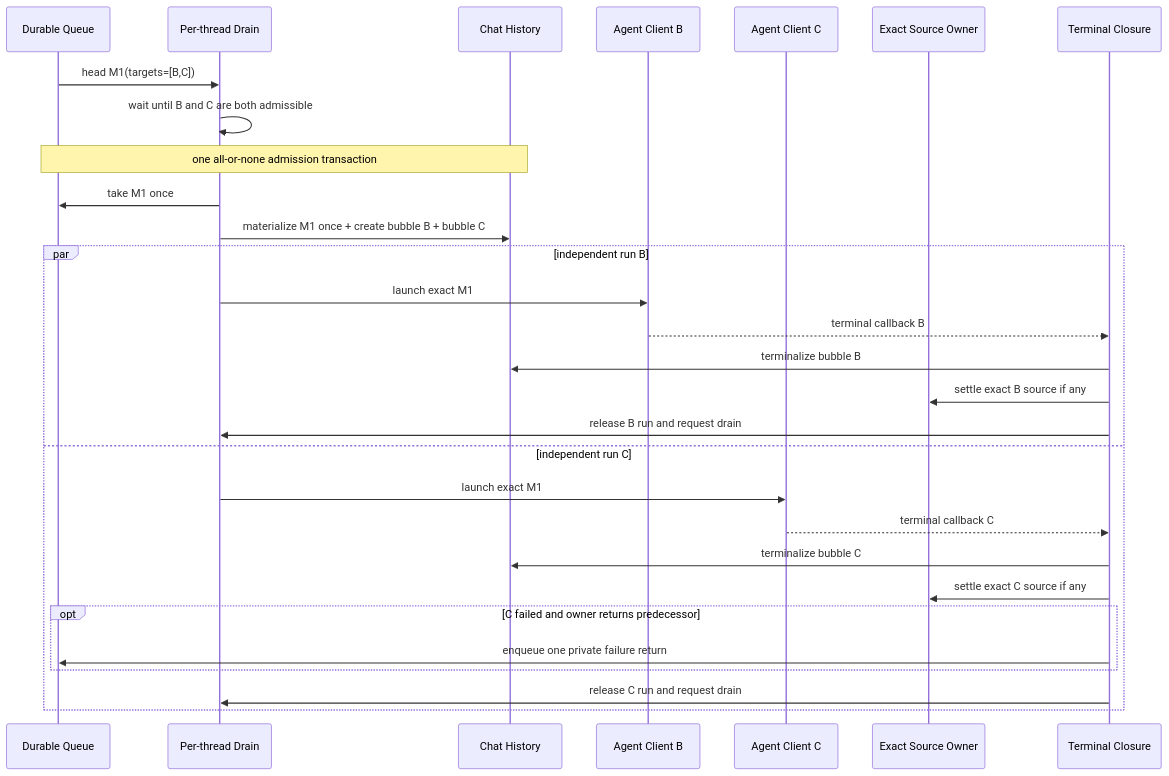
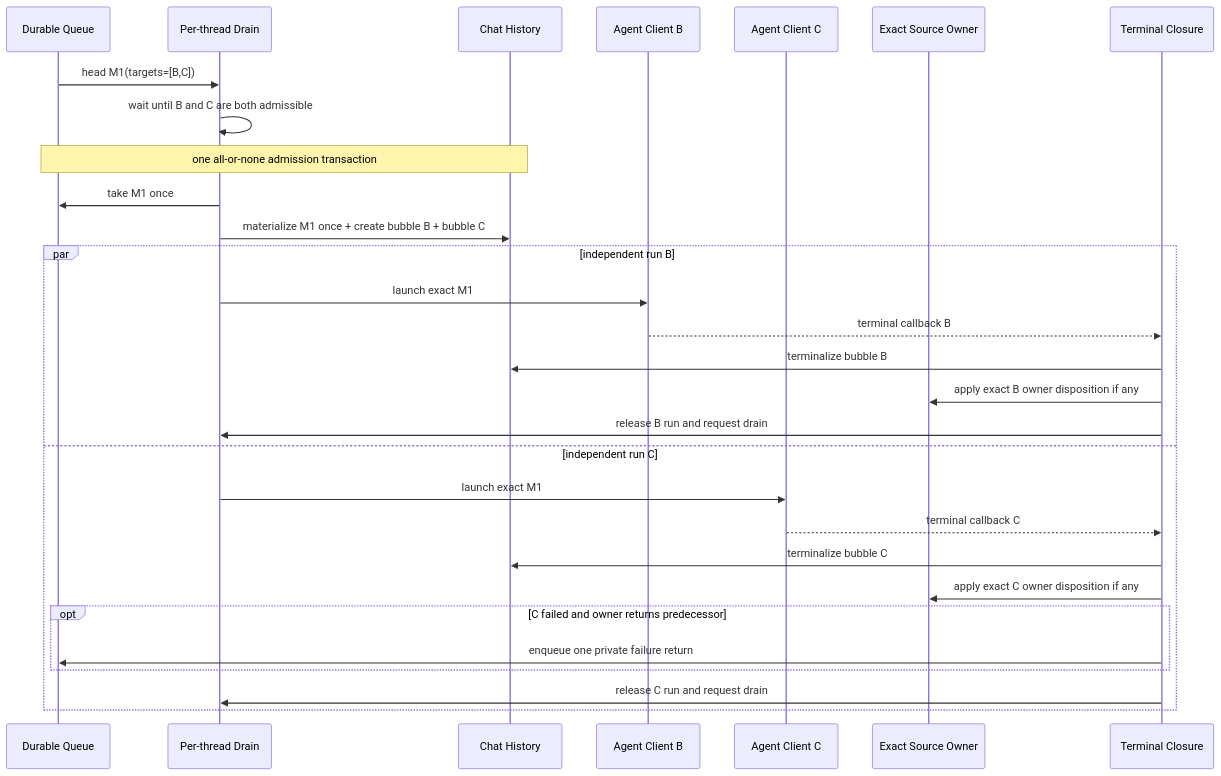
Before and after one commit to zts212653/clowder-ai: the fourth of 8 diagrams in docs/architecture/message-delivery-handling-handoff-audit.md, drawn with Mermaid. The commit also changed other lines of this file, not shown here.

````diff
--- a/docs/architecture/message-delivery-handling-handoff-audit.md
+++ b/docs/architecture/message-delivery-handling-handoff-audit.md
@@ -199,32 +200,32 @@
 ```mermaid
 sequenceDiagram
     participant Q as Durable Queue
     participant D as Per-thread Drain
     participant H as Chat History
     participant B as Agent Client B
     participant C as Agent Client C
     participant O as Exact Source Owner
     participant T as Terminal Closure
 
     Q->>D: head M1(targets=[B,C])
     D->>D: wait until B and C are both admissible
     Note over Q,H: one all-or-none admission transaction
     D->>Q: take M1 once
     D->>H: materialize M1 once + create bubble B + bubble C
     par independent run B
         D->>B: launch exact M1
         B-->>T: terminal callback B
         T->>H: terminalize bubble B
-        T->>O: settle exact B source if any
+        T->>O: apply exact B owner disposition if any
         T->>D: release B run and request drain
     and independent run C
         D->>C: launch exact M1
         C-->>T: terminal callback C
         T->>H: terminalize bubble C
-        T->>O: settle exact C source if any
+        T->>O: apply exact C owner disposition if any
         opt C failed and owner returns predecessor
             T->>Q: enqueue one private failure return
         end
         T->>D: release C run and request drain
     end
 ```
````
